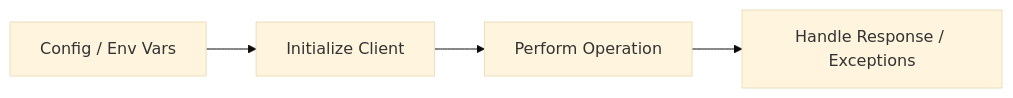
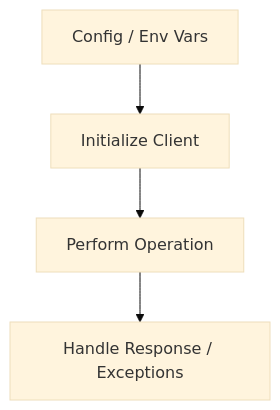
The diagram in docs/sdk-guides/javascript/index.md (yeongseon/azure-communication-services-practical-guide), drawn with Mermaid (base theme) before and after one commit. The commit also changed 14 other files, not shown here.

First line of the commit message:
docs: convert LR diagrams to TD for readability and add orientation rule

````diff
--- a/docs/sdk-guides/javascript/index.md
+++ b/docs/sdk-guides/javascript/index.md
@@ -69,6 +69,6 @@
 ```mermaid
-graph LR
+graph TD
     Config[Config / Env Vars] --> ClientInit[Initialize Client]
     ClientInit --> Operation[Perform Operation]
     Operation --> Response[Handle Response / Exceptions]
 ```
````
